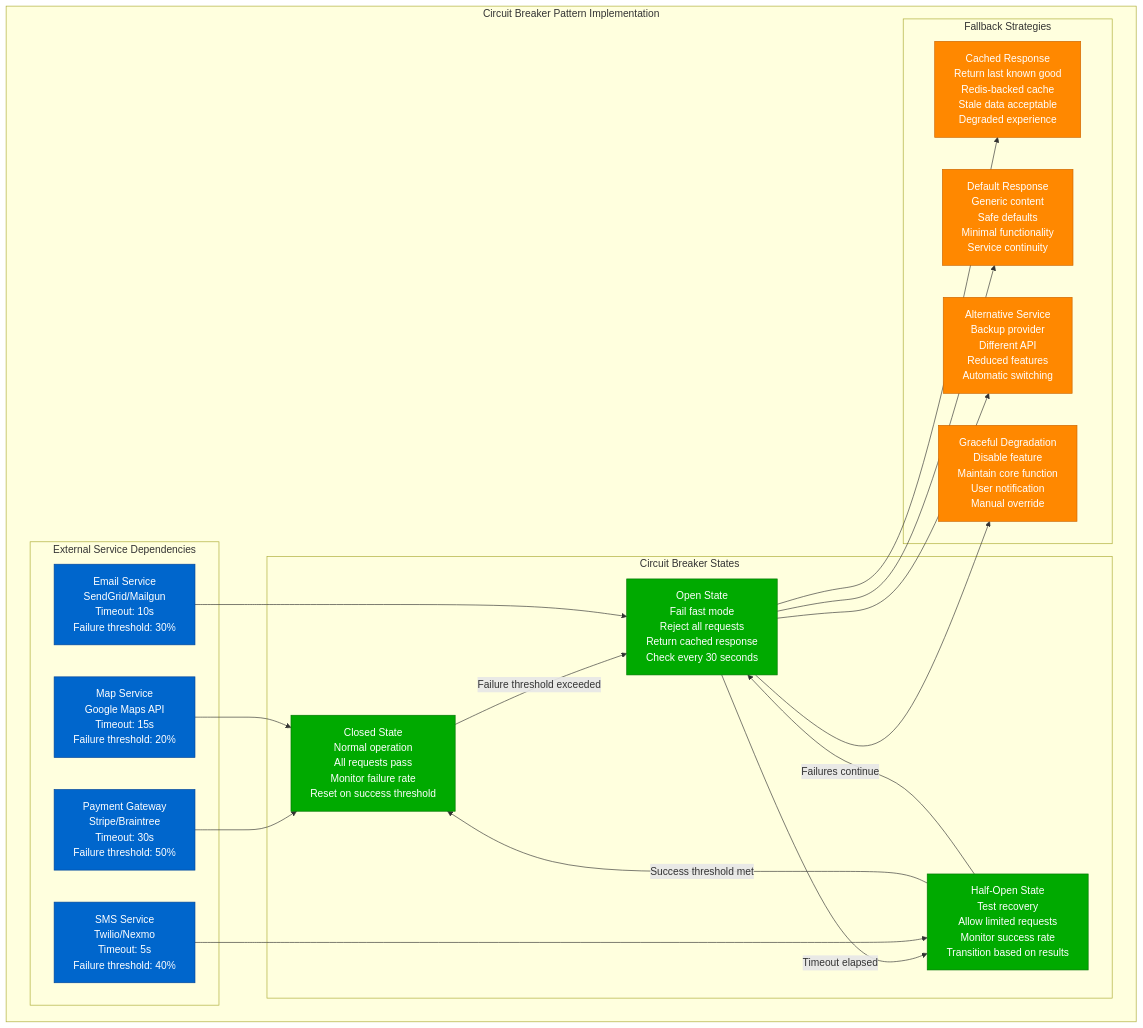
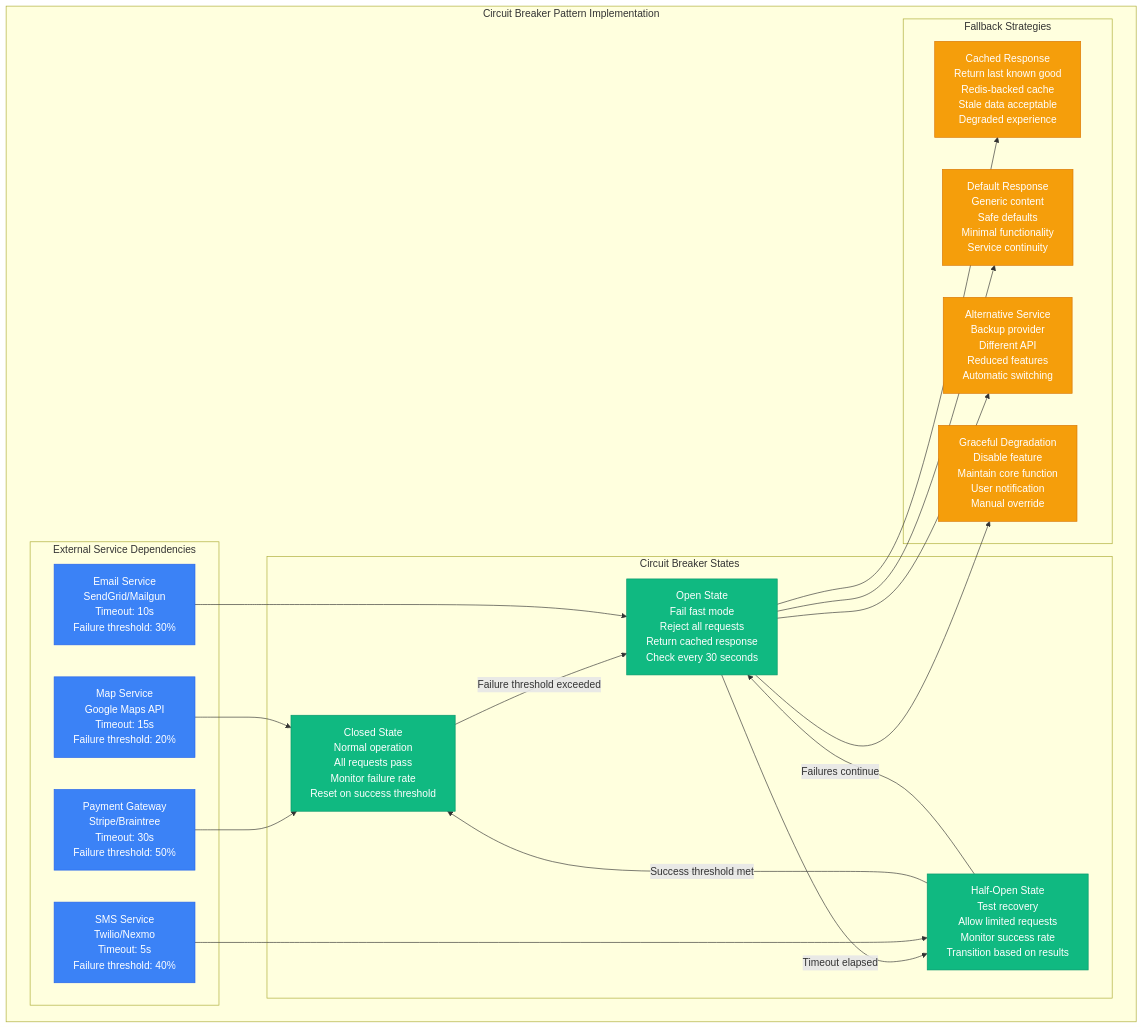
One commit to deepaucksharma/DS changed the fourth of 5 diagrams in site/docs/systems/airbnb/failure-domains.md. Above: the diagram before and after it, drawn with Mermaid. The commit also changed other lines of this file and 303 other files, not shown here.

````diff
--- a/site/docs/systems/airbnb/failure-domains.md
+++ b/site/docs/systems/airbnb/failure-domains.md
@@ -216,58 +216,58 @@
 ```mermaid
 graph TB
     subgraph CircuitBreakerPattern[Circuit Breaker Pattern Implementation]
         subgraph ExternalServices[External Service Dependencies]
             PaymentGateway[Payment Gateway<br/>Stripe/Braintree<br/>Timeout: 30s<br/>Failure threshold: 50%]
 
             EmailService[Email Service<br/>SendGrid/Mailgun<br/>Timeout: 10s<br/>Failure threshold: 30%]
 
             SMSService[SMS Service<br/>Twilio/Nexmo<br/>Timeout: 5s<br/>Failure threshold: 40%]
 
             MapService[Map Service<br/>Google Maps API<br/>Timeout: 15s<br/>Failure threshold: 20%]
         end
 
         subgraph CircuitBreakerStates[Circuit Breaker States]
             ClosedState[Closed State<br/>Normal operation<br/>All requests pass<br/>Monitor failure rate<br/>Reset on success threshold]
 
             OpenState[Open State<br/>Fail fast mode<br/>Reject all requests<br/>Return cached response<br/>Check every 30 seconds]
 
             HalfOpenState[Half-Open State<br/>Test recovery<br/>Allow limited requests<br/>Monitor success rate<br/>Transition based on results]
         end
 
         subgraph FallbackStrategies[Fallback Strategies]
             CachedResponse[Cached Response<br/>Return last known good<br/>Redis-backed cache<br/>Stale data acceptable<br/>Degraded experience]
 
             DefaultResponse[Default Response<br/>Generic content<br/>Safe defaults<br/>Minimal functionality<br/>Service continuity]
 
             AlternativeService[Alternative Service<br/>Backup provider<br/>Different API<br/>Reduced features<br/>Automatic switching]
 
             GracefulDegradation[Graceful Degradation<br/>Disable feature<br/>Maintain core function<br/>User notification<br/>Manual override]
         end
     end
 
     %% State transitions
     ClosedState -->|Failure threshold exceeded| OpenState
     OpenState -->|Timeout elapsed| HalfOpenState
     HalfOpenState -->|Success threshold met| ClosedState
     HalfOpenState -->|Failures continue| OpenState
 
     %% Service connections
     PaymentGateway --> ClosedState
     EmailService --> OpenState
     SMSService --> HalfOpenState
     MapService --> ClosedState
 
     %% Fallback connections
     OpenState --> CachedResponse
     OpenState --> DefaultResponse
     OpenState --> AlternativeService
     OpenState --> GracefulDegradation
 
-    classDef serviceStyle fill:#0066CC,stroke:#004499,color:#fff
-    classDef stateStyle fill:#00AA00,stroke:#007700,color:#fff
-    classDef fallbackStyle fill:#FF8800,stroke:#CC6600,color:#fff
+    classDef serviceStyle fill:#3B82F6,stroke:#2563EB,color:#fff
+    classDef stateStyle fill:#10B981,stroke:#059669,color:#fff
+    classDef fallbackStyle fill:#F59E0B,stroke:#D97706,color:#fff
 
     class PaymentGateway,EmailService,SMSService,MapService serviceStyle
     class ClosedState,OpenState,HalfOpenState stateStyle
     class CachedResponse,DefaultResponse,AlternativeService,GracefulDegradation fallbackStyle
 ```
````
